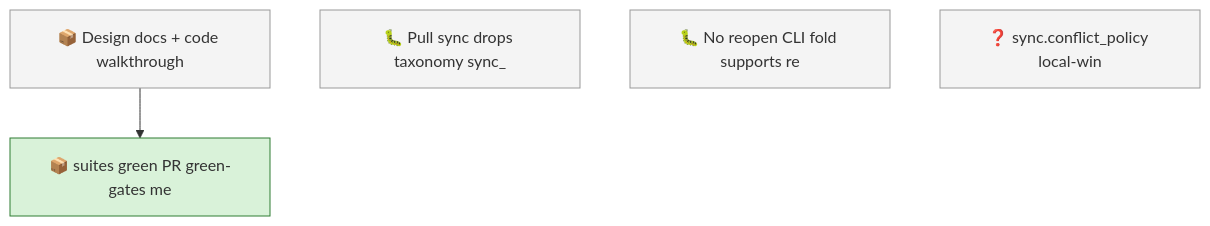
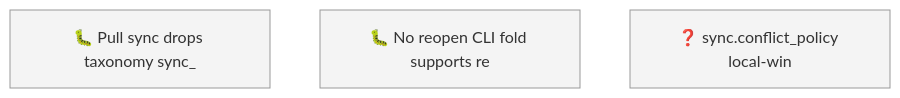
Before and after one commit to SpillwaveSolutions/wiki_ticket_sdd: the first of 2 diagrams in docs/roadmap.md, drawn with Mermaid. The commit also changed other lines of this file and 1 other file, not shown here.

First line of the commit message:
chore: close design-docs plan items (PR #61 merged); sync

````diff
--- a/docs/roadmap.md
+++ b/docs/roadmap.md
@@ -46,13 +42,8 @@
 ```mermaid
 graph TD
-    01KXY7X0QH47Z6B5QZD5G052FJ["📦 Design docs + code walkthrough"]
-    01KXY7X0QJ79852RFK5Q8F6FZM["📦 suites green PR green-gates me"]
     01KXY8V5WZJ4E76B3D39KW5DCE["🐛 Pull sync drops taxonomy sync_"]
     01KXY8V62QH1H1V70M0Y08ARXX["🐛 No reopen CLI fold supports re"]
     01KXY8V686YPK4ET2XFB2KW2RX["❓ sync.conflict_policy local-win"]
-    01KXY7X0QH47Z6B5QZD5G052FJ --> 01KXY7X0QJ79852RFK5Q8F6FZM
     classDef todo fill:#f4f4f4,stroke:#999999
-    class 01KXY7X0QH47Z6B5QZD5G052FJ,01KXY8V5WZJ4E76B3D39KW5DCE,01KXY8V62QH1H1V70M0Y08ARXX,01KXY8V686YPK4ET2XFB2KW2RX todo
-    classDef in_progress fill:#d9f2d9,stroke:#2e7d32
-    class 01KXY7X0QJ79852RFK5Q8F6FZM in_progress
+    class 01KXY8V5WZJ4E76B3D39KW5DCE,01KXY8V62QH1H1V70M0Y08ARXX,01KXY8V686YPK4ET2XFB2KW2RX todo
 ```
````
